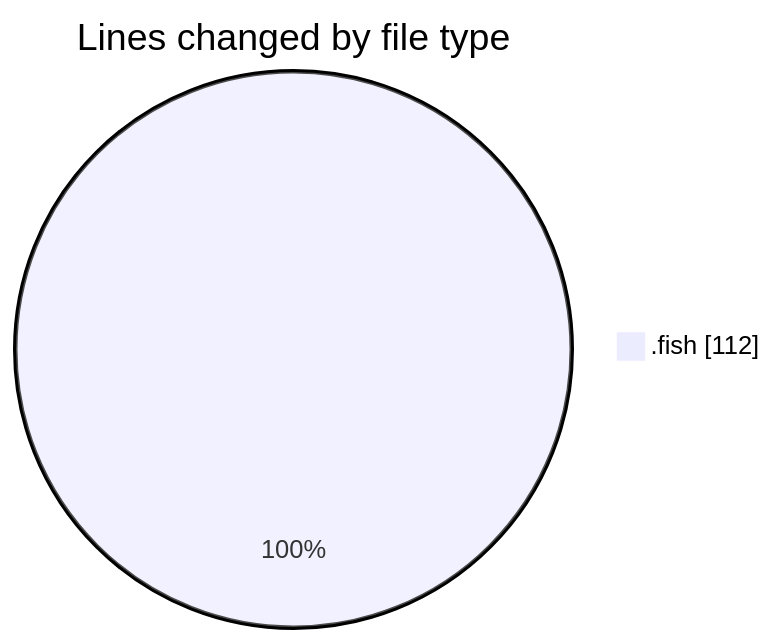
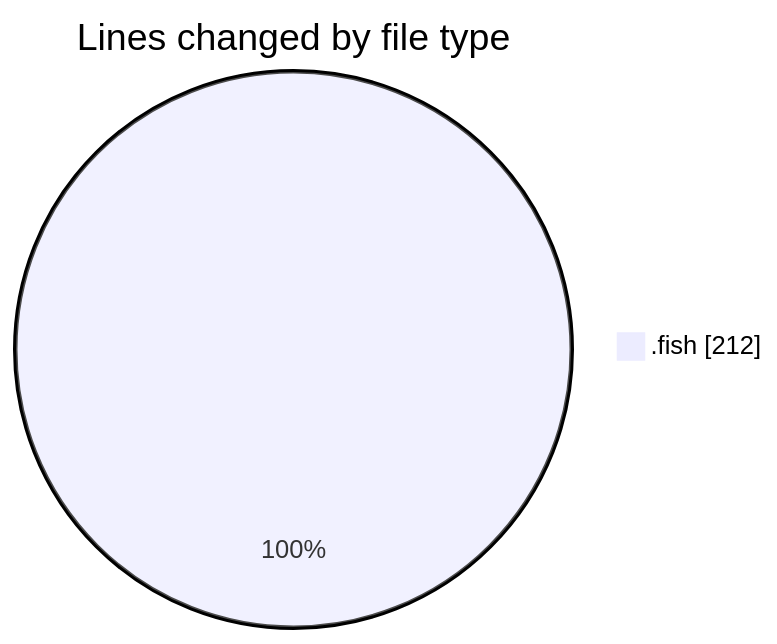
Before and after one commit to EIIisD/code-tracking: the first of 2 diagrams in 2025-08-12/fish/README.md, drawn with Mermaid. The commit also changed other lines of this file and 1 other file, not shown here.

````diff
--- a/2025-08-12/fish/README.md
+++ b/2025-08-12/fish/README.md
@@ -20,5 +20,5 @@
 ```mermaid
 pie showData
 title Lines changed by file type
-".fish" : 112
+".fish" : 212
 ```
````
